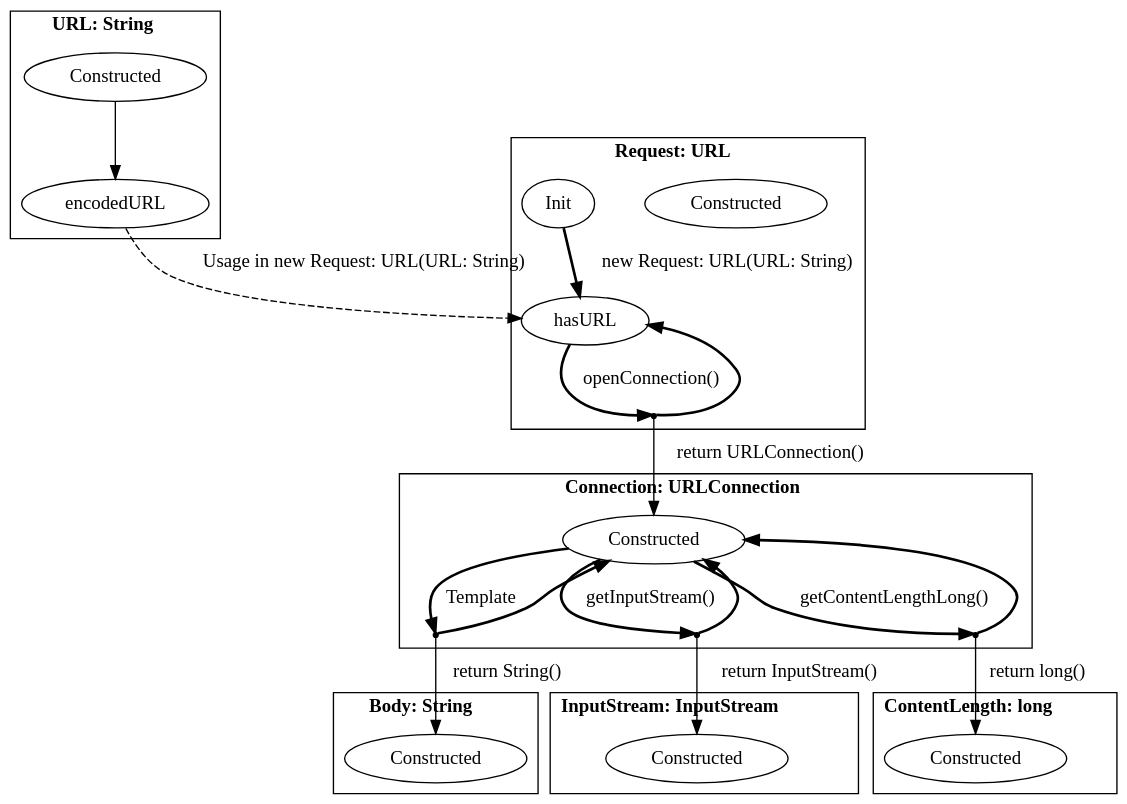
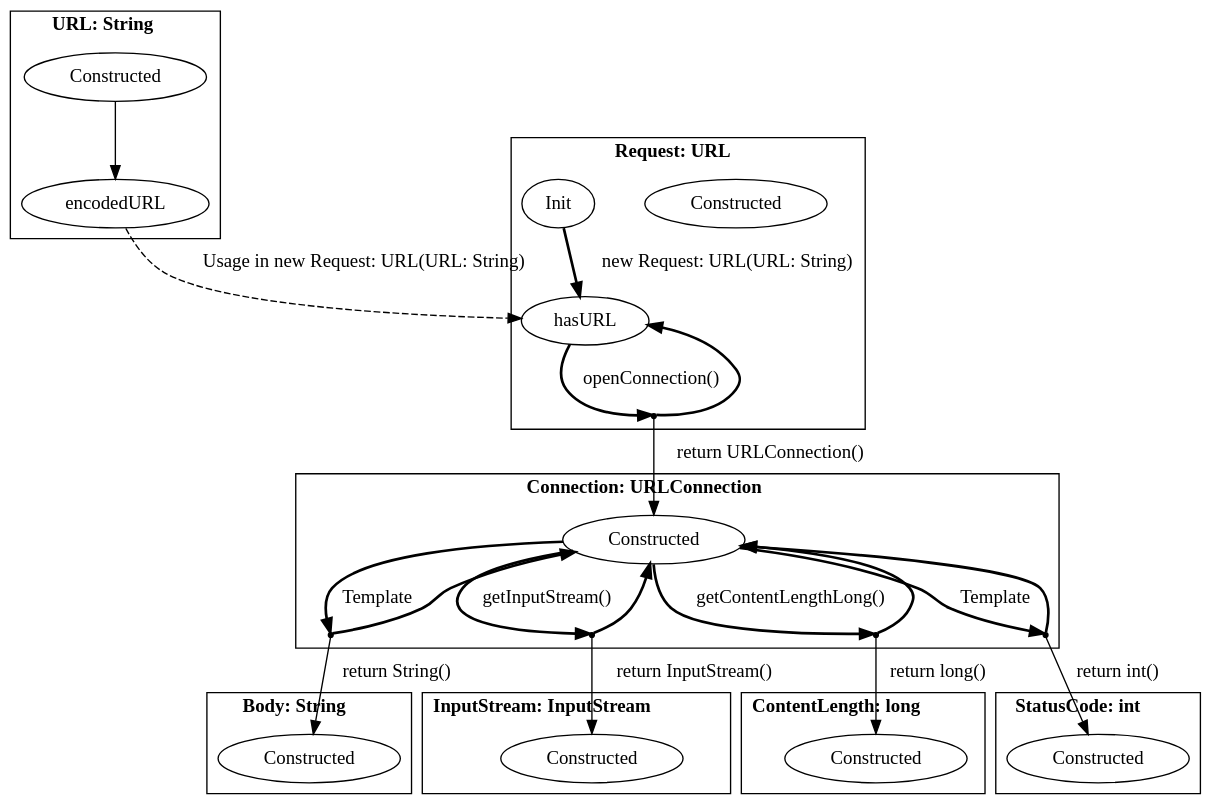
Before and after one commit to h31/LibraryMigration: the diagram in pictures/java.dot, drawn with Graphviz. The commit also changed 7 other files, not shown here.

```diff
--- a/pictures/java.dot
+++ b/pictures/java.dot
@@ -1,49 +1,57 @@
 digraph G {
     bgcolor="transparent";
     subgraph cluster0 {
     label = <<B>URL: String</B>>;
         Constructed_URL [ label="Constructed" ];
         encodedURL_URL [ label="encodedURL" ];
     }
     subgraph cluster1 {
     label = <<B>Request: URL</B>>;
         Constructed_Request [ label="Constructed" ];
         hasURL_Request [ label="hasURL" ];
         Init_Request [ label="Init" ];
         virtual0 [ shape = point ];
     }
     subgraph cluster2 {
     label = <<B>Connection: URLConnection</B>>;
         Constructed_Connection [ label="Constructed" ];
         virtual1 [ shape = point ];
         virtual2 [ shape = point ];
         virtual3 [ shape = point ];
+        virtual4 [ shape = point ];
     }
     subgraph cluster3 {
     label = <<B>Body: String</B>>;
         Constructed_Body [ label="Constructed" ];
     }
     subgraph cluster4 {
     label = <<B>InputStream: InputStream</B>>;
         Constructed_InputStream [ label="Constructed" ];
     }
     subgraph cluster5 {
     label = <<B>ContentLength: long</B>>;
         Constructed_ContentLength [ label="Constructed" ];
+    }
+    subgraph cluster6 {
+    label = <<B>StatusCode: int</B>>;
+        Constructed_StatusCode [ label="Constructed" ];
     }
         Constructed_URL -> encodedURL_URL [ label="", style = "solid"  ];
         encodedURL_URL -> hasURL_Request [ label="Usage in new Request: URL(URL: String)", style = "dashed"  ];
         Init_Request -> hasURL_Request [ label="new Request: URL(URL: String)", style = "bold"  ];
         hasURL_Request -> virtual0 [ style = "bold" label="openConnection()"  ];
         virtual0 -> hasURL_Request [ style = "bold"  ];
         virtual0 -> Constructed_Connection [ label="return URLConnection()"  ];
         Constructed_Connection -> virtual1 [ style = "bold" label="Template"  ];
         virtual1 -> Constructed_Connection [ style = "bold"  ];
         virtual1 -> Constructed_Body [ label="return String()"  ];
         Constructed_Connection -> virtual2 [ style = "bold" label="getInputStream()"  ];
         virtual2 -> Constructed_Connection [ style = "bold"  ];
         virtual2 -> Constructed_InputStream [ label="return InputStream()"  ];
         Constructed_Connection -> virtual3 [ style = "bold" label="getContentLengthLong()"  ];
         virtual3 -> Constructed_Connection [ style = "bold"  ];
         virtual3 -> Constructed_ContentLength [ label="return long()"  ];
+        Constructed_Connection -> virtual4 [ style = "bold" label="Template"  ];
+        virtual4 -> Constructed_Connection [ style = "bold"  ];
+        virtual4 -> Constructed_StatusCode [ label="return int()"  ];
 }
```
